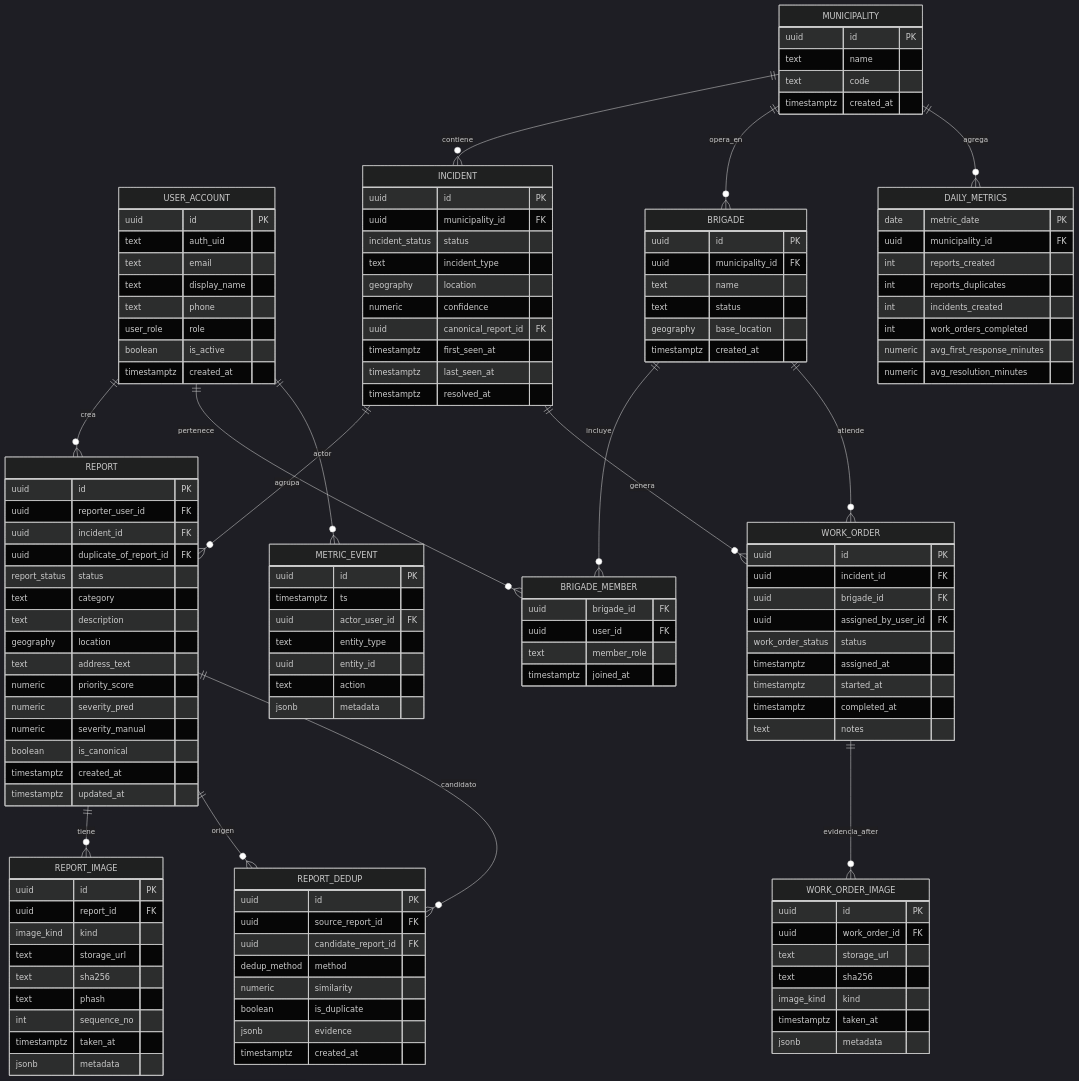
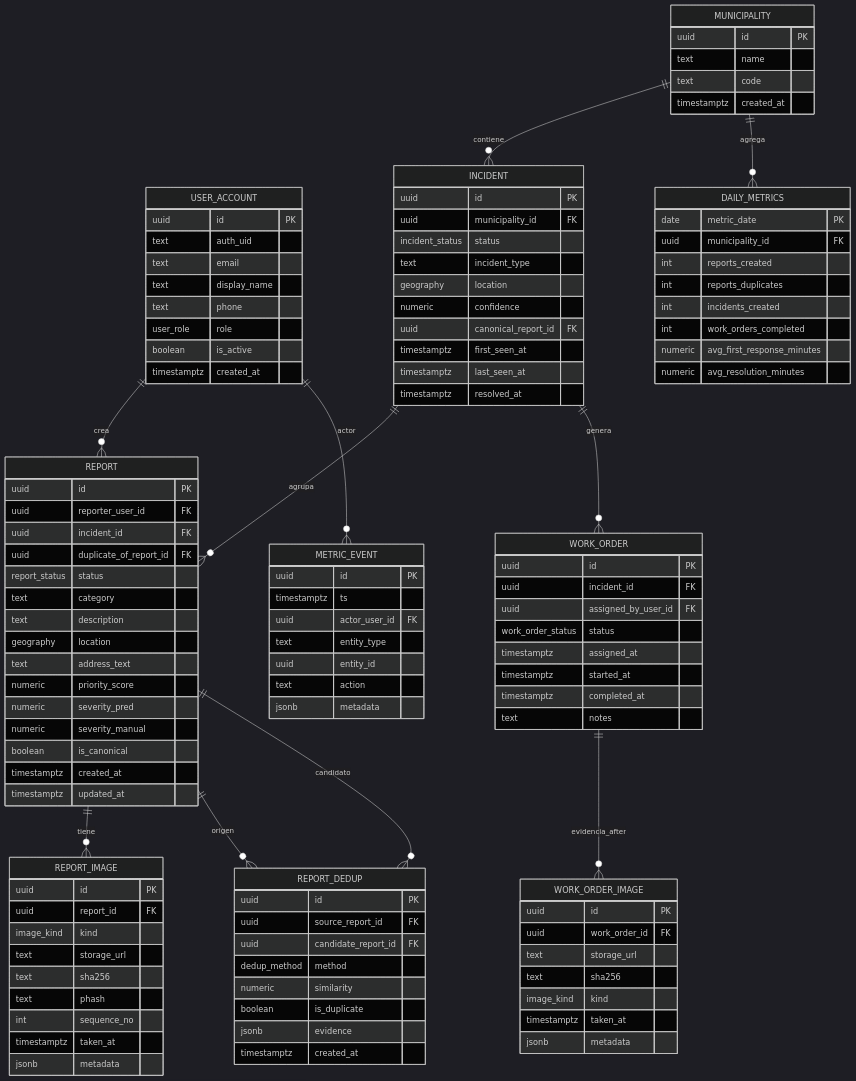
One commit to Gameoversv/sirccd-monorepo changed the diagram in docs/arquitectura/modelo_datos.md. Above: the diagram before and after it, drawn with Mermaid (dark theme). The commit also changed other lines of this file and 117 other files, not shown here.

```diff
--- a/docs/arquitectura/modelo_datos.md
+++ b/docs/arquitectura/modelo_datos.md
@@ -30,13 +29,7 @@
   REPORT ||--o{ REPORT_DEDUP : "candidato"
 
   MUNICIPALITY ||--o{ INCIDENT : "contiene"
-  MUNICIPALITY ||--o{ BRIGADE : "opera_en"
-
-  BRIGADE ||--o{ BRIGADE_MEMBER : "incluye"
-  USER_ACCOUNT ||--o{ BRIGADE_MEMBER : "pertenece"
-
   INCIDENT ||--o{ WORK_ORDER : "genera"
-  BRIGADE ||--o{ WORK_ORDER : "atiende"
   WORK_ORDER ||--o{ WORK_ORDER_IMAGE : "evidencia_after"
 
   USER_ACCOUNT ||--o{ METRIC_EVENT : "actor"
@@ -58,22 +51,6 @@
     text name
     text code
     timestamptz created_at
-  }
-
-  BRIGADE {
-    uuid id PK
-    uuid municipality_id FK
-    text name
-    text status
-    geography base_location
-    timestamptz created_at
-  }
-
-  BRIGADE_MEMBER {
-    uuid brigade_id FK
-    uuid user_id FK
-    text member_role
-    timestamptz joined_at
   }
 
   INCIDENT {
@@ -133,7 +110,6 @@
   WORK_ORDER {
     uuid id PK
     uuid incident_id FK
-    uuid brigade_id FK
     uuid assigned_by_user_id FK
     work_order_status status
     timestamptz assigned_at
```
